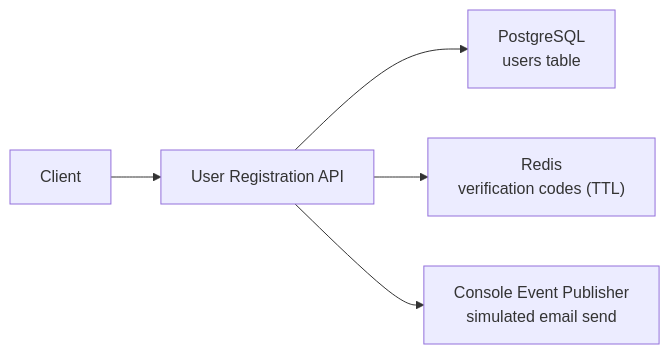
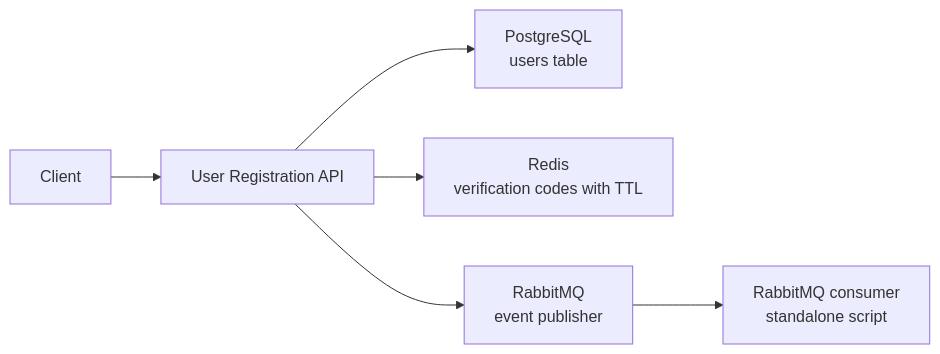
One commit to copdips/dm-user-registration changed the first of 2 diagrams in README.md. Above: the diagram before and after it, drawn with Mermaid. The commit also changed other lines of this file and 10 other files, not shown here.

Commit message:
add rabbitmq event publisher and consumer

````diff
--- a/README.md
+++ b/README.md
@@ -38,12 +39,14 @@
 ```mermaid
 flowchart LR
   User["Client"]
   API["User Registration API"]
   DB["PostgreSQL<br/>users table"]
-  Cache["Redis<br/>verification codes (TTL)"]
-  Events["Console Event Publisher<br/>simulated email send"]
+  Cache["Redis<br/>verification codes with TTL"]
+  Broker["RabbitMQ<br/>event publisher"]
+  Consumer["RabbitMQ consumer<br/>standalone script"]
   User --> API
   API --> DB
   API --> Cache
-  API --> Events
+  API --> Broker
+  Broker --> Consumer
 ```
````
